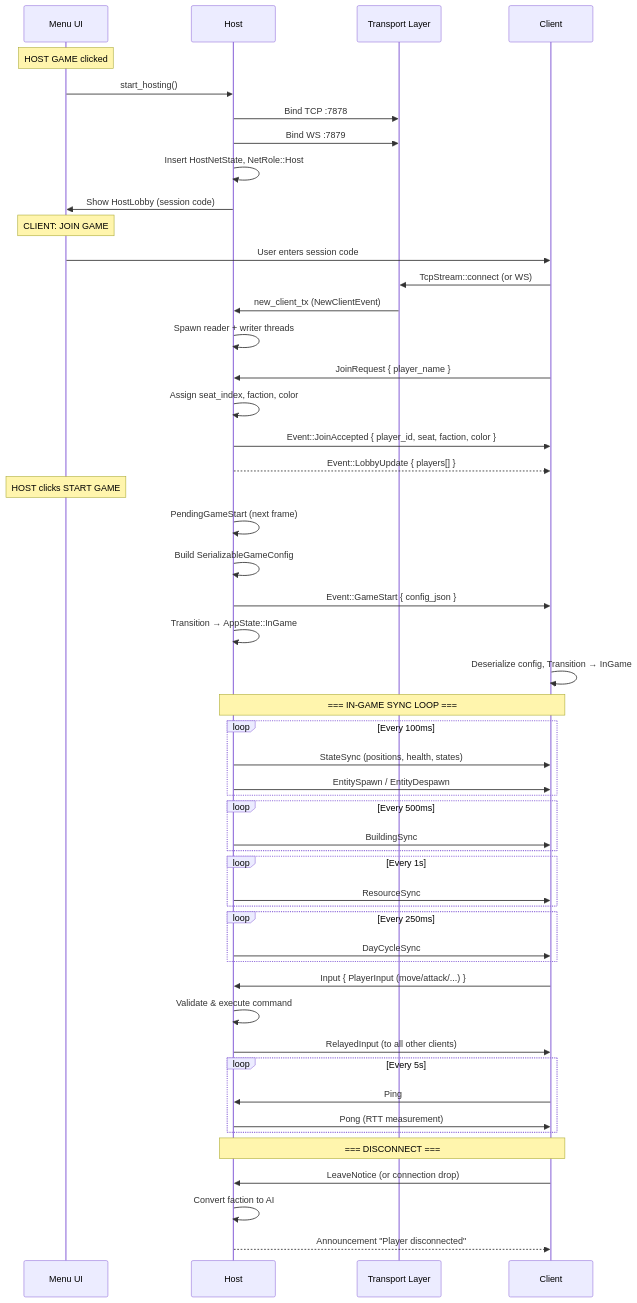
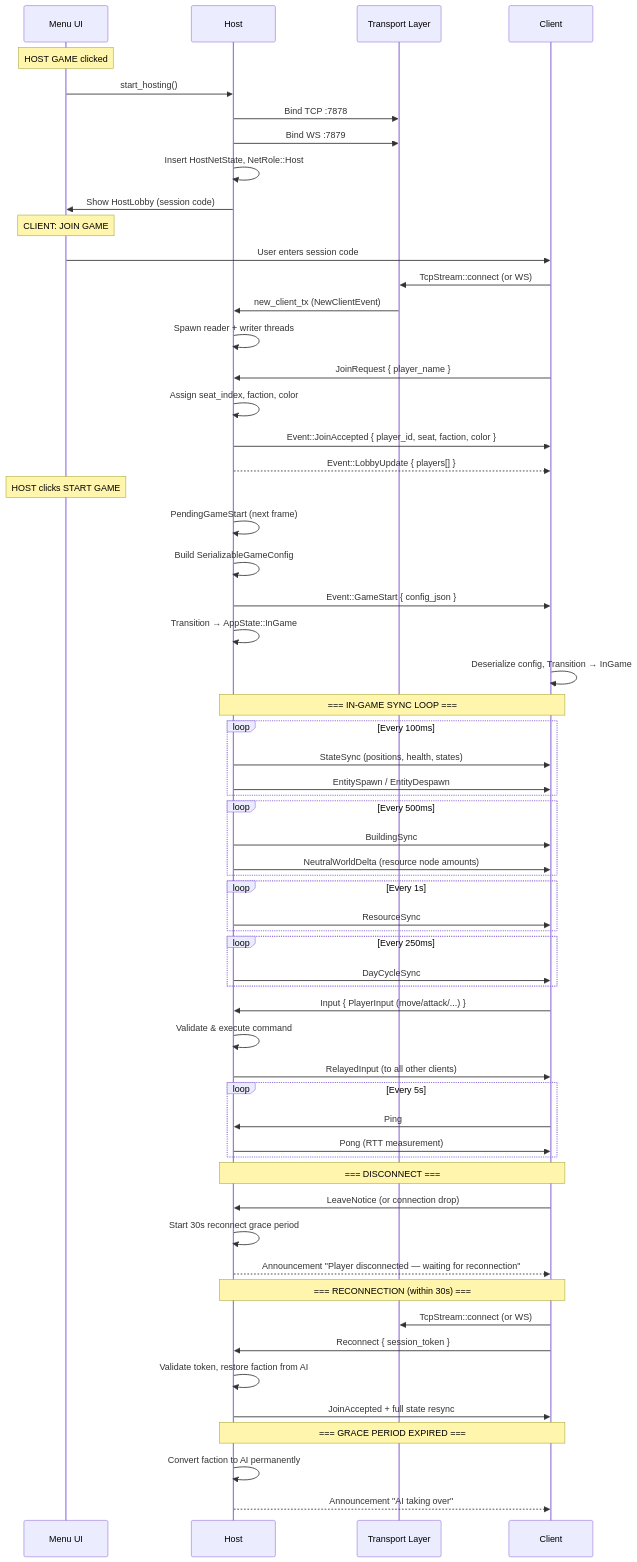
The third of 11 diagrams in docs/multiplayer-architecture.md (pashaydev/RTS), drawn with Mermaid before and after one commit. The commit also changed other lines of this file and 17 other files, not shown here.

````diff
--- a/docs/multiplayer-architecture.md
+++ b/docs/multiplayer-architecture.md
@@ -106,65 +107,76 @@
 ```mermaid
 sequenceDiagram
     participant UI as Menu UI
     participant Host as Host
     participant Transport as Transport Layer
     participant Client as Client
 
     Note over UI: HOST GAME clicked
     UI->>Host: start_hosting()
     Host->>Transport: Bind TCP :7878
     Host->>Transport: Bind WS :7879
     Host->>Host: Insert HostNetState, NetRole::Host
     Host->>UI: Show HostLobby (session code)
 
     Note over UI: CLIENT: JOIN GAME
     UI->>Client: User enters session code
     Client->>Transport: TcpStream::connect (or WS)
     Transport->>Host: new_client_tx (NewClientEvent)
     Host->>Host: Spawn reader + writer threads
 
     Client->>Host: JoinRequest { player_name }
     Host->>Host: Assign seat_index, faction, color
     Host->>Client: Event::JoinAccepted { player_id, seat, faction, color }
     Host-->>Client: Event::LobbyUpdate { players[] }
 
     Note over UI: HOST clicks START GAME
     Host->>Host: PendingGameStart (next frame)
     Host->>Host: Build SerializableGameConfig
     Host->>Client: Event::GameStart { config_json }
     Host->>Host: Transition → AppState::InGame
     Client->>Client: Deserialize config, Transition → InGame
 
     Note over Host,Client: === IN-GAME SYNC LOOP ===
 
     loop Every 100ms
         Host->>Client: StateSync (positions, health, states)
         Host->>Client: EntitySpawn / EntityDespawn
     end
 
     loop Every 500ms
         Host->>Client: BuildingSync
+        Host->>Client: NeutralWorldDelta (resource node amounts)
     end
 
     loop Every 1s
         Host->>Client: ResourceSync
     end
 
     loop Every 250ms
         Host->>Client: DayCycleSync
     end
 
     Client->>Host: Input { PlayerInput (move/attack/...) }
     Host->>Host: Validate & execute command
     Host->>Client: RelayedInput (to all other clients)
 
     loop Every 5s
         Client->>Host: Ping
         Host->>Client: Pong (RTT measurement)
     end
 
     Note over Host,Client: === DISCONNECT ===
     Client->>Host: LeaveNotice (or connection drop)
-    Host->>Host: Convert faction to AI
-    Host-->>Client: Announcement "Player disconnected"
+    Host->>Host: Start 30s reconnect grace period
+    Host-->>Client: Announcement "Player disconnected — waiting for reconnection"
+
+    Note over Host,Client: === RECONNECTION (within 30s) ===
+    Client->>Transport: TcpStream::connect (or WS)
+    Client->>Host: Reconnect { session_token }
+    Host->>Host: Validate token, restore faction from AI
+    Host->>Client: JoinAccepted + full state resync
+
+    Note over Host,Client: === GRACE PERIOD EXPIRED ===
+    Host->>Host: Convert faction to AI permanently
+    Host-->>Client: Announcement "AI taking over"
 ```
````
